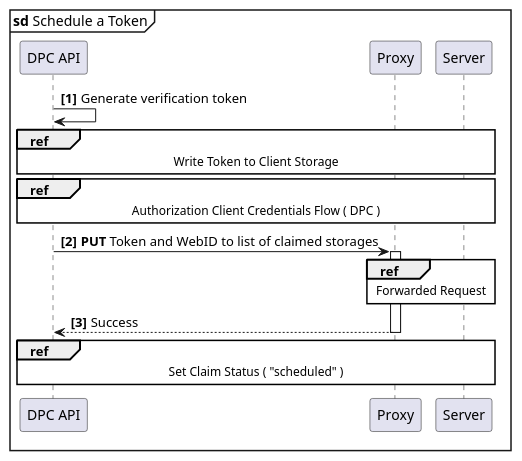
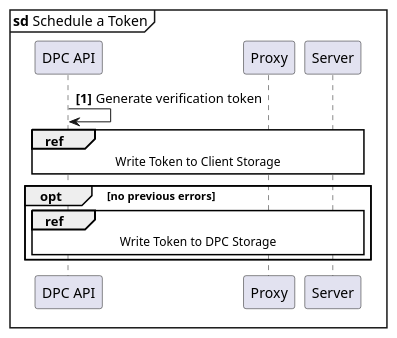
Before and after one commit to guddii/SEACT: the diagram in docs/resources/diagrams/sd_Schedule_a_token.puml, drawn with PlantUML. The commit also changed 63 other files, not shown here.

```diff
--- a/docs/resources/diagrams/sd_Schedule_a_token.puml
+++ b/docs/resources/diagrams/sd_Schedule_a_token.puml
@@ -1,20 +1,19 @@
 @startuml
 'https://plantuml.com/sequence-diagram
 
 skinparam sequenceReferenceBackgroundColor white
 
 mainframe **sd** Schedule a Token
 autonumber 1 1 "<b>[0]"
 
 participant "DPC API" as DPC_API
 participant "Proxy" as Proxy
 participant "Server" as Server
 
 DPC_API     ->  DPC_API                 : Generate verification token
-ref over DPC_API,Proxy,Server        : Write Token to Client Storage
-ref over DPC_API,Proxy,Server           : Authorization Client Credentials Flow ( DPC )
-DPC_API     ->  Proxy               ++  : **PUT** Token and WebID to list of claimed storages
-ref over Proxy, Server                  : Forwarded Request
-DPC_API     <-- Proxy               --  : Success
-ref over DPC_API,Proxy, Server : Set Claim Status ( "scheduled" )
+ref over DPC_API,Proxy,Server           : Write Token to Client Storage
+opt no previous errors
+||5||
+ref over DPC_API,Proxy,Server           : Write Token to DPC Storage
+end
 @enduml
```
